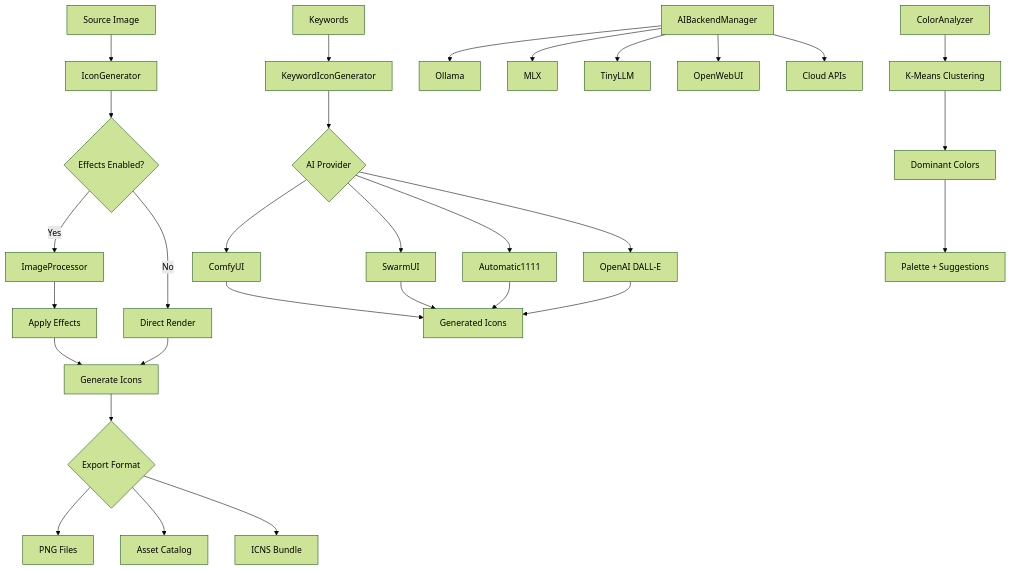
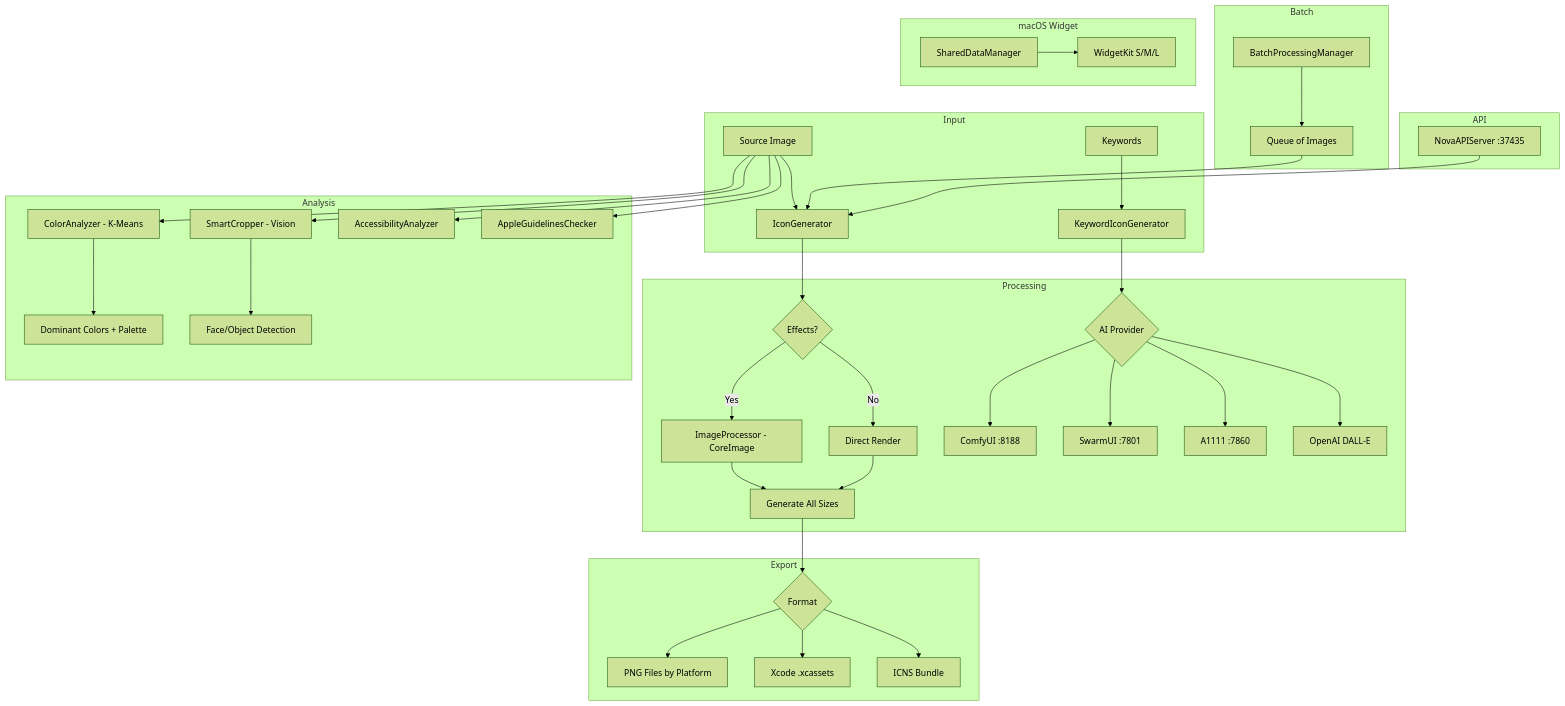
Before and after one commit to kochj23/icon-creator: the first of 2 diagrams in README.md, drawn with Mermaid (forest theme). The commit also changed other lines of this file, not shown here.

Commit message:
docs: Rewrite README with mermaid architecture diagrams

````diff
--- a/README.md
+++ b/README.md
@@ -280,35 +19,49 @@
 ```mermaid
 graph TD
-    A[Source Image] --> B[IconGenerator]
-    B --> C{Effects Enabled?}
-    C -->|Yes| D[ImageProcessor]
-    C -->|No| E[Direct Render]
-    D --> F[Apply Effects]
-    F --> G[Generate Icons]
-    E --> G
-    G --> H{Export Format}
-    H --> I[PNG Files]
-    H --> J[Asset Catalog]
-    H --> K[ICNS Bundle]
-    
-    L[Keywords] --> M[KeywordIconGenerator]
-    M --> N{AI Provider}
-    N --> O[ComfyUI]
-    N --> P[SwarmUI]
-    N --> Q[Automatic1111]
-    N --> R[OpenAI DALL-E]
-    O --> S[Generated Icons]
-    P --> S
-    Q --> S
-    R --> S
-    
-    T[AIBackendManager] --> U[Ollama]
-    T --> V[MLX]
-    T --> W[TinyLLM]
-    T --> X[OpenWebUI]
-    T --> Y[Cloud APIs]
-    
-    Z[ColorAnalyzer] --> AA[K-Means Clustering]
-    AA --> AB[Dominant Colors]
-    AB --> AC[Palette + Suggestions]
+    subgraph Input
+        A[Source Image] --> B[IconGenerator]
+        C[Keywords] --> D[KeywordIconGenerator]
+    end
+
+    subgraph Processing
+        B --> E{Effects?}
+        E -->|Yes| F[ImageProcessor - CoreImage]
+        E -->|No| G[Direct Render]
+        F --> H[Generate All Sizes]
+        G --> H
+        D --> I{AI Provider}
+        I --> J[ComfyUI :8188]
+        I --> K[SwarmUI :7801]
+        I --> L[A1111 :7860]
+        I --> M[OpenAI DALL-E]
+    end
+
+    subgraph Export
+        H --> N{Format}
+        N --> O[PNG Files by Platform]
+        N --> P[Xcode .xcassets]
+        N --> Q[ICNS Bundle]
+    end
+
+    subgraph Analysis
+        A --> R[ColorAnalyzer - K-Means]
+        R --> S[Dominant Colors + Palette]
+        A --> T[SmartCropper - Vision]
+        T --> U[Face/Object Detection]
+        A --> V[AccessibilityAnalyzer]
+        A --> W[AppleGuidelinesChecker]
+    end
+
+    subgraph Batch
+        X[BatchProcessingManager] --> Y[Queue of Images]
+        Y --> B
+    end
+
+    subgraph Widget["macOS Widget"]
+        Z[SharedDataManager] --> AA[WidgetKit S/M/L]
+    end
+
+    subgraph API
+        AB[NovaAPIServer :37435] --> B
+    end
 ```
````
